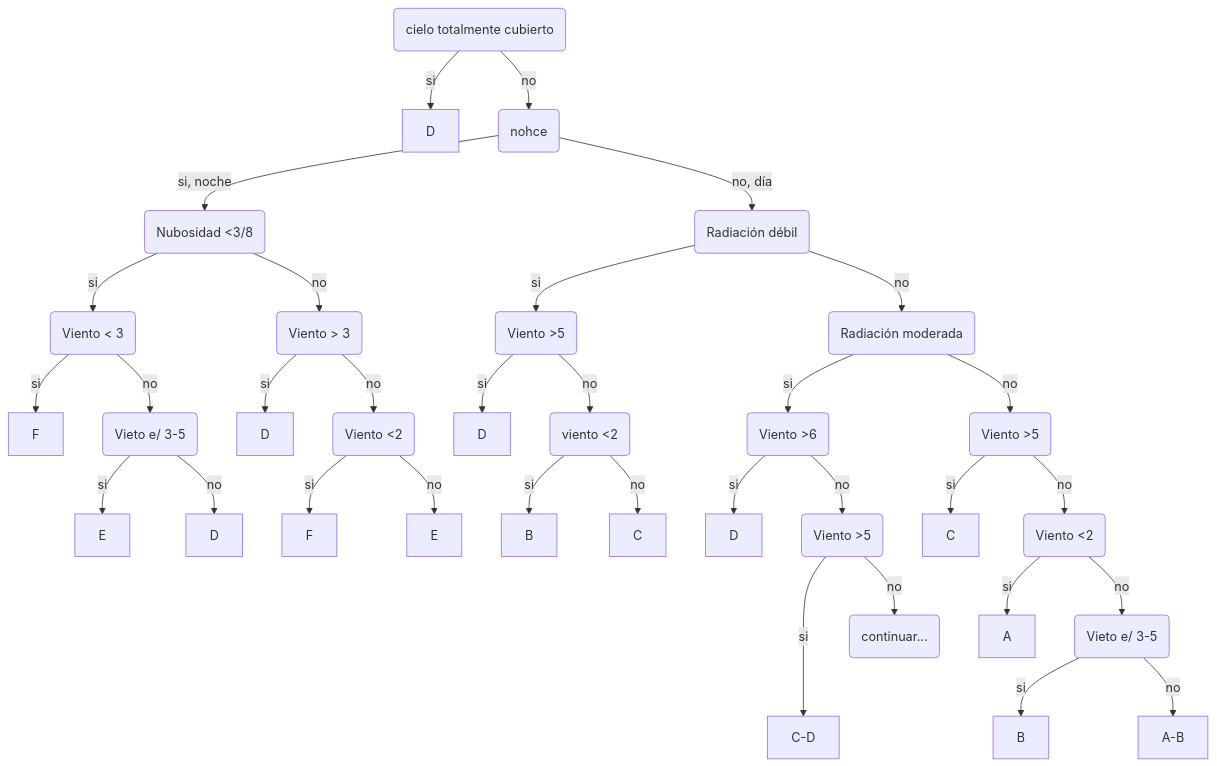
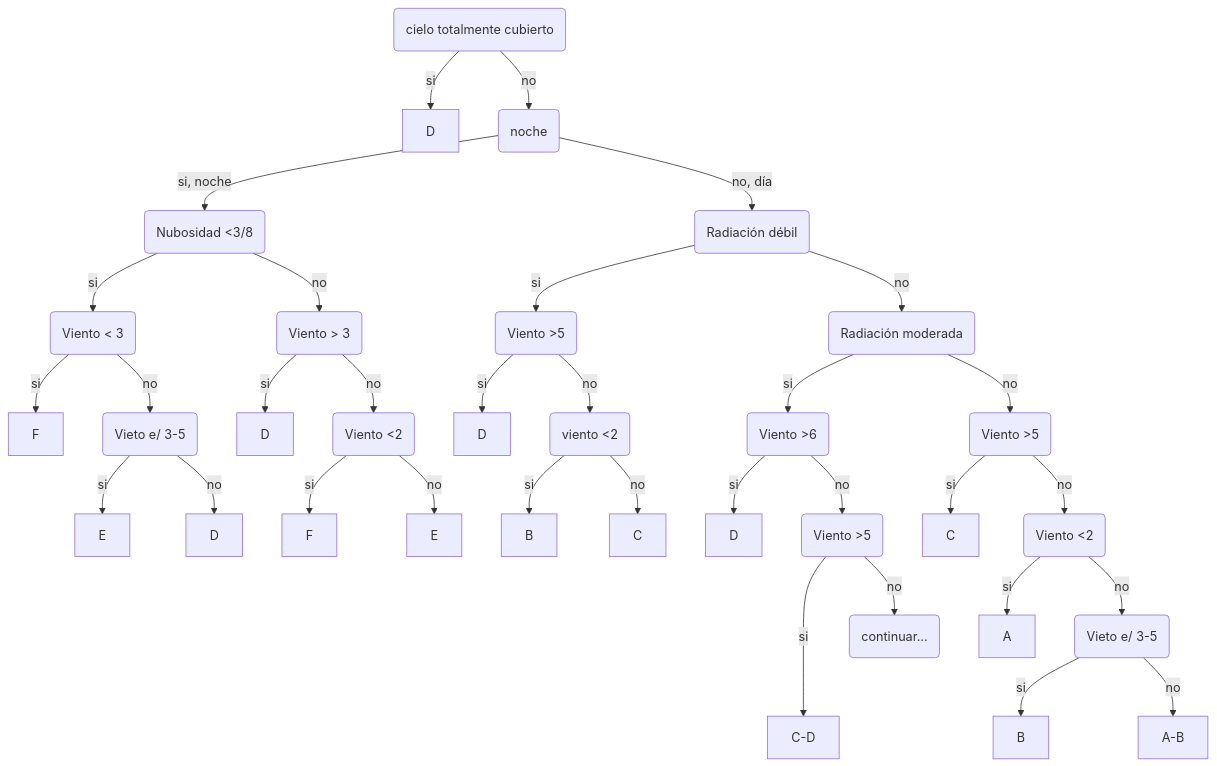
The diagram in teo/c3.md (gauss-ma/mca-fauba), drawn with Mermaid before and after one commit. The commit also changed other lines of this file and 3 other files, not shown here.

````diff
--- a/teo/c3.md
+++ b/teo/c3.md
@@ -129,35 +127,35 @@
 ```mermaid
 graph TD;
     A(cielo totalmente cubierto)-->|si|B[D];
-    A-->|no|C(nohce);
+    A-->|no|C(noche);
     C-->|si, noche|D(Nubosidad <3/8);
     D-->|si|E(Viento < 3);
     E-->|si|F[F]
     E-->|no|G(Vieto e/ 3-5)
     G-->|si|H[E]
     G-->|no|I[D]
     D-->|no|J(Viento > 3)
     J-->|si|K[D]
     J-->|no|L(Viento <2)
     L-->|si|M[F]
     L-->|no|N[E]
     C-->|no, día|O(Radiación débil)
     O-->|si|P(Viento >5)
     P-->|si|Q[D]
     P-->|no|R(viento <2)
     R-->|si|S[B]
     R-->|no|T[C]
     O-->|no|U(Radiación moderada)
     U-->|si|V(Viento >6)
     V-->|si|W[D]
     V-->|no|X(Viento >5)
     x-->|si|Y[C-D]
     X-->|no|Z(continuar...)
     U-->|no|JK(Viento >5)
     JK-->|si|JL[C]
     JK-->|no|JM(Viento <2)
     JM-->|si|JO[A]
     JM-->|no|JP(Vieto e/ 3-5)
     JP-->|si|JQ[B]
     JP-->|no|JR[A-B]
 ```
````
